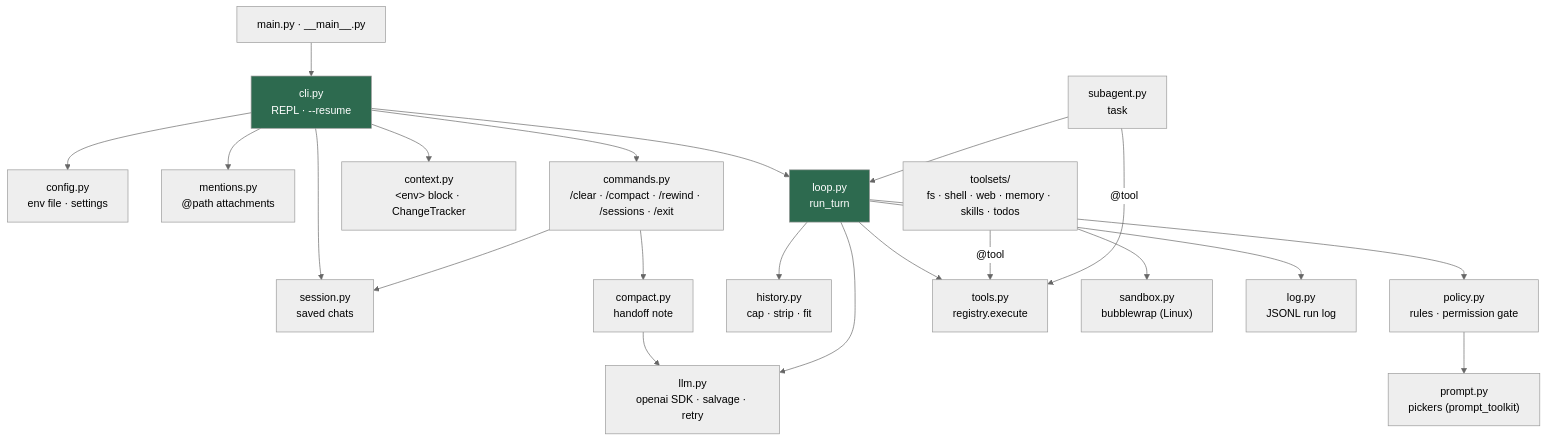
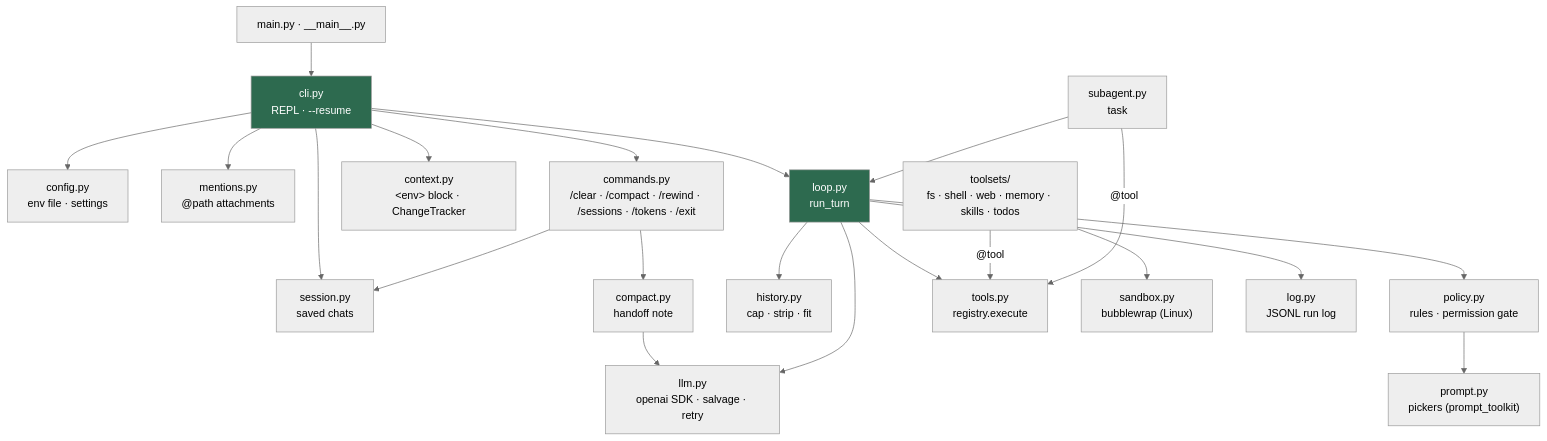
The diagram in doc/architecture.md (maulikmadhavi/make_my_harness), drawn with Mermaid (neutral theme) before and after one commit. The commit also changed other lines of this file and 9 other files, not shown here.

````diff
--- a/doc/architecture.md
+++ b/doc/architecture.md
@@ -12,26 +12,26 @@
 ```mermaid
 flowchart TD
     entry["main.py · __main__.py"] --> cli["cli.py<br/>REPL · --resume"]
     cli --> config["config.py<br/>env file · settings"]
     cli --> mentions["mentions.py<br/>@path attachments"]
-    cli --> commands["commands.py<br/>/clear · /compact · /rewind · /sessions · /exit"]
+    cli --> commands["commands.py<br/>/clear · /compact · /rewind · /sessions · /tokens · /exit"]
     cli --> context["context.py<br/>&lt;env&gt; block · ChangeTracker"]
     cli --> session["session.py<br/>saved chats"]
     commands --> session
     commands --> compact["compact.py<br/>handoff note"]
     compact --> llm
     cli --> loop["loop.py<br/>run_turn"]
     loop --> history["history.py<br/>cap · strip · fit"]
     loop --> llm["llm.py<br/>openai SDK · salvage · retry"]
     loop --> policy["policy.py<br/>rules · permission gate"]
     policy --> prompt["prompt.py<br/>pickers (prompt_toolkit)"]
     loop --> tools["tools.py<br/>registry.execute"]
     toolsets["toolsets/<br/>fs · shell · web · memory · skills · todos"] -- "@tool" --> tools
     subagent["subagent.py<br/>task"] -- "@tool" --> tools
     subagent --> loop
     toolsets --> sandbox["sandbox.py<br/>bubblewrap (Linux)"]
     loop --> log["log.py<br/>JSONL run log"]
 
     style cli fill:#2d6a4f,color:#fff
     style loop fill:#2d6a4f,color:#fff
 ```
````
